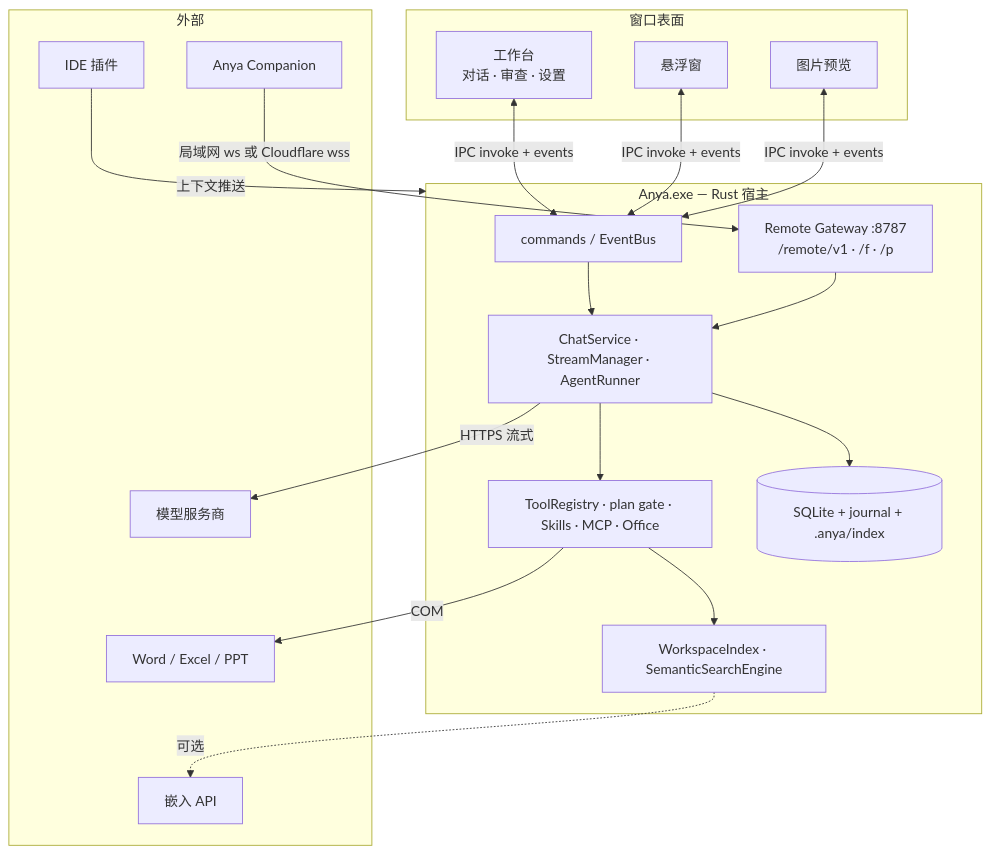
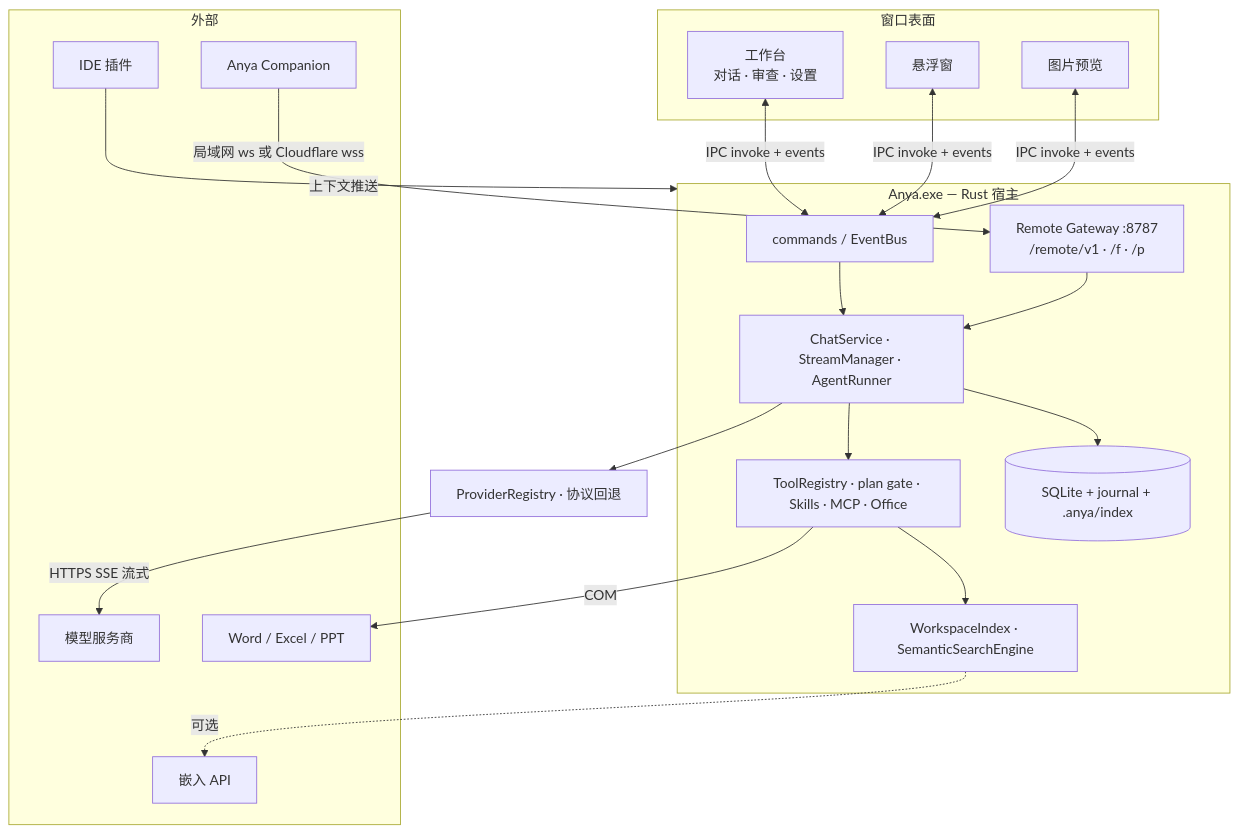
One commit to rururunu/Anya changed the second of 2 diagrams in README.zh-CN.md. Above: the diagram before and after it, drawn with Mermaid. The commit also changed other lines of this file and 168 other files, not shown here.

````diff
--- a/README.zh-CN.md
+++ b/README.zh-CN.md
@@ -218,37 +222,38 @@
 ```mermaid
 flowchart TB
   subgraph Surfaces["窗口表面"]
     WB["工作台<br/>对话 · 审查 · 设置"]
     OV[悬浮窗]
     PV[图片预览]
   end
 
   subgraph Host["Anya.exe — Rust 宿主"]
     CMD[commands / EventBus]
     CHAT[ChatService · StreamManager · AgentRunner]
     TOOLS[ToolRegistry · plan gate · Skills · MCP · Office]
     RAG[WorkspaceIndex · SemanticSearchEngine]
     GW["Remote Gateway :8787<br/>/remote/v1 · /f · /p"]
     STORE[(SQLite + journal + .anya/index)]
   end
 
   subgraph External["外部"]
     LLM[模型服务商]
     EMB[嵌入 API]
     IDE[IDE 插件]
     OFFICE[Word / Excel / PPT]
     PH[Anya Companion]
   end
 
   WB & OV & PV <-->|IPC invoke + events| CMD
   CMD --> CHAT
   CHAT --> TOOLS
   TOOLS --> RAG
   RAG -.->|可选| EMB
   CHAT --> STORE
   GW --> CHAT
-  CHAT -->|HTTPS 流式| LLM
+  CHAT --> AI[ProviderRegistry · 协议回退]
+  AI -->|HTTPS SSE 流式| LLM
   IDE -->|上下文推送| Host
   TOOLS -->|COM| OFFICE
   PH -->|局域网 ws 或 Cloudflare wss| GW
 ```
````
